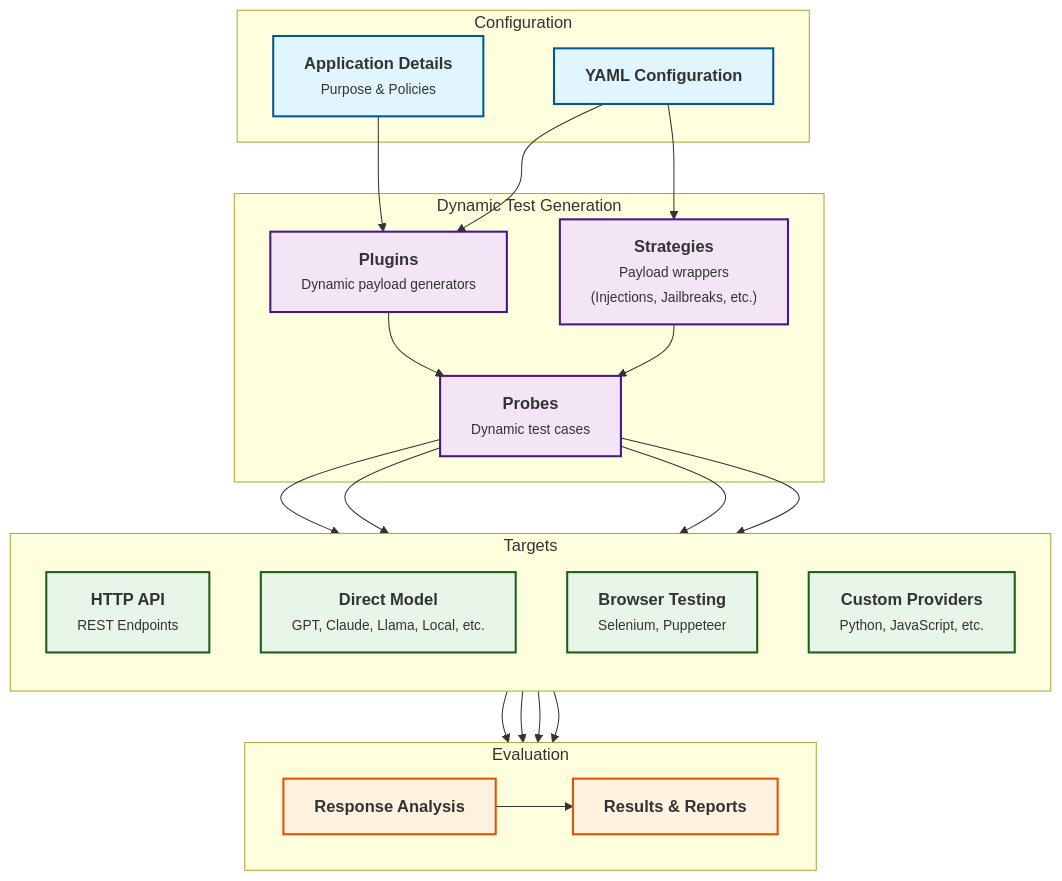
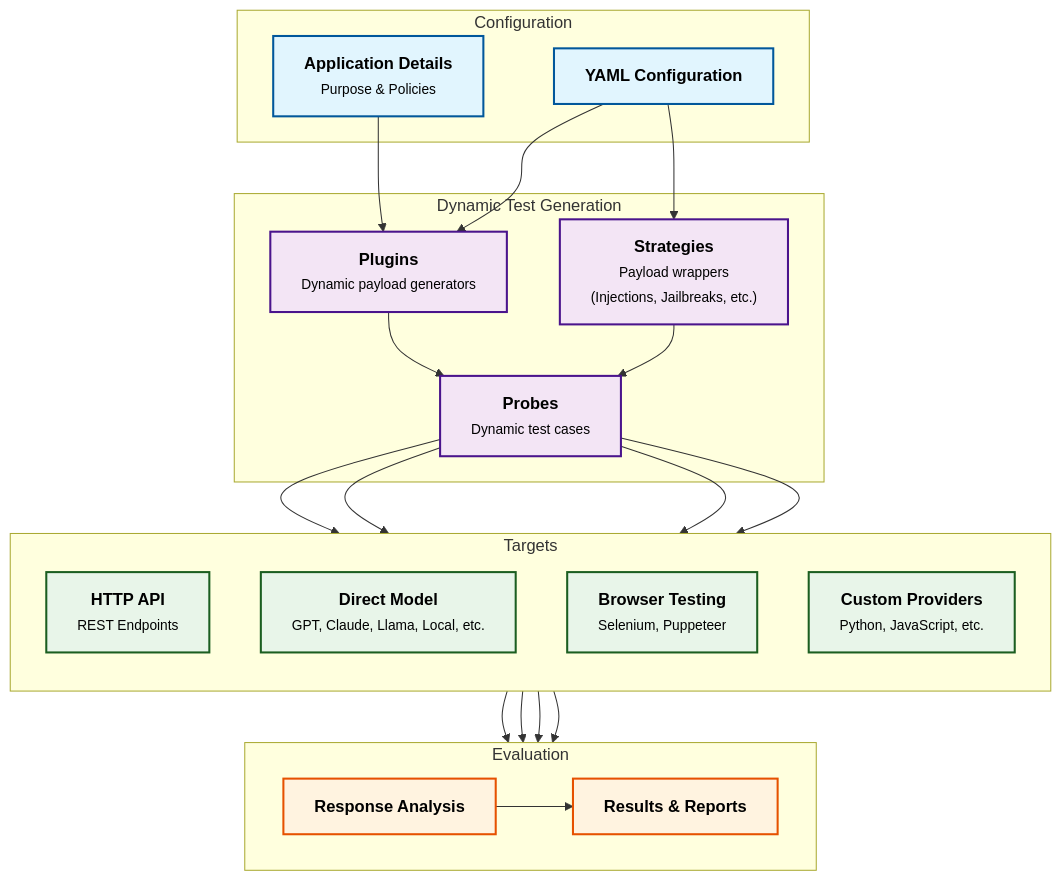
Before and after one commit to CodeEmperor7/prompt-manager: the diagram in site/docs/red-team/architecture.md, drawn with Mermaid. The commit also changed 6 other files, not shown here.

Commit message:
chore(site): improve architecture diagram dark mode  (#2254)

````diff
--- a/site/docs/red-team/architecture.md
+++ b/site/docs/red-team/architecture.md
@@ -14,4 +14,20 @@
 ```mermaid
+%%{init: {
+  'theme': 'base',
+  'themeVariables': {
+    'darkMode': false,
+    'primaryColor': '#e1f5fe',
+    'primaryBorderColor': '#01579b',
+    'secondaryColor': '#f3e5f5',
+    'secondaryBorderColor': '#4a148c',
+    'tertiaryColor': '#e8f5e9',
+    'tertiaryBorderColor': '#1b5e20',
+    'quaternaryColor': '#fff3e0',
+    'quaternaryBorderColor': '#e65100',
+    'fontFamily': 'system-ui,-apple-system,"Segoe UI",Roboto,Ubuntu,Cantarell,"Noto Sans",sans-serif,"Apple Color Emoji","Segoe UI Emoji","Segoe UI Symbol","Noto Color Emoji"'
+  }
+}}%%
+
 graph TB
     %% Configuration Layer
     subgraph Configuration
@@ -61,11 +77,26 @@
 
     Responses --> Report
 
-    %% Styling
-    classDef configNode fill:#e1f5fe,stroke:#01579b,stroke-width:2px
-    classDef genNode fill:#f3e5f5,stroke:#4a148c,stroke-width:2px
-    classDef targetNode fill:#e8f5e9,stroke:#1b5e20,stroke-width:2px
-    classDef evalNode fill:#fff3e0,stroke:#e65100,stroke-width:2px
+    %% Styling for light/dark mode compatibility
+    classDef configNode fill:#e1f5fe,stroke:#01579b,stroke-width:2px,color:#000
+    classDef genNode fill:#f3e5f5,stroke:#4a148c,stroke-width:2px,color:#000
+    classDef targetNode fill:#e8f5e9,stroke:#1b5e20,stroke-width:2px,color:#000
+    classDef evalNode fill:#fff3e0,stroke:#e65100,stroke-width:2px,color:#000
+
+    %% Dark mode overrides
+    %%{init: {
+      'themeVariables': {
+        'darkMode': true,
+        'primaryColor': '#1a365d',
+        'primaryBorderColor': '#90cdf4',
+        'secondaryColor': '#322659',
+        'secondaryBorderColor': '#d6bcfa',
+        'tertiaryColor': '#1c4532',
+        'tertiaryBorderColor': '#9ae6b4',
+        'quaternaryColor': '#744210',
+        'quaternaryBorderColor': '#fbd38d'
+      }
+    }}%%
 
     class Config,Purpose configNode
     class Plugins,Strategies,Probes genNode
````
